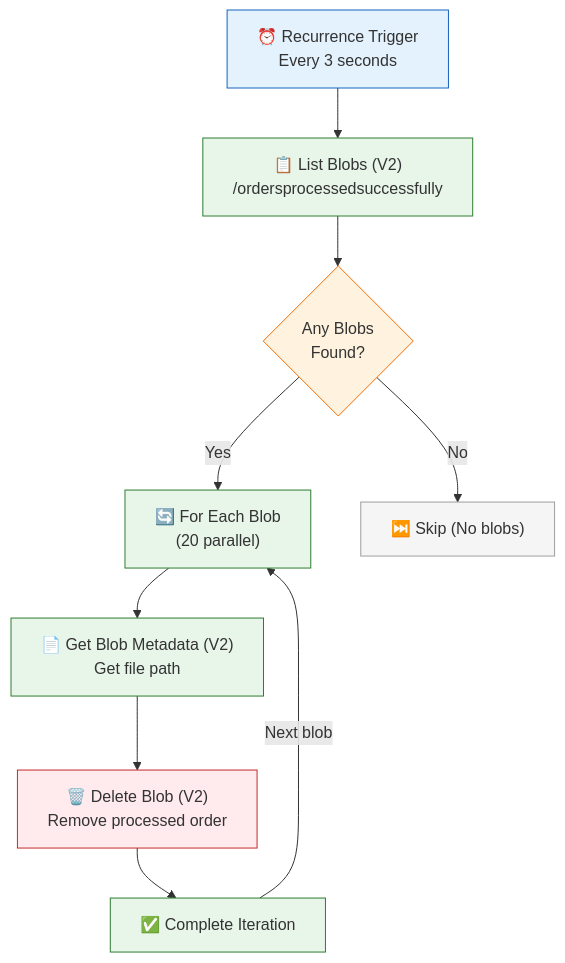
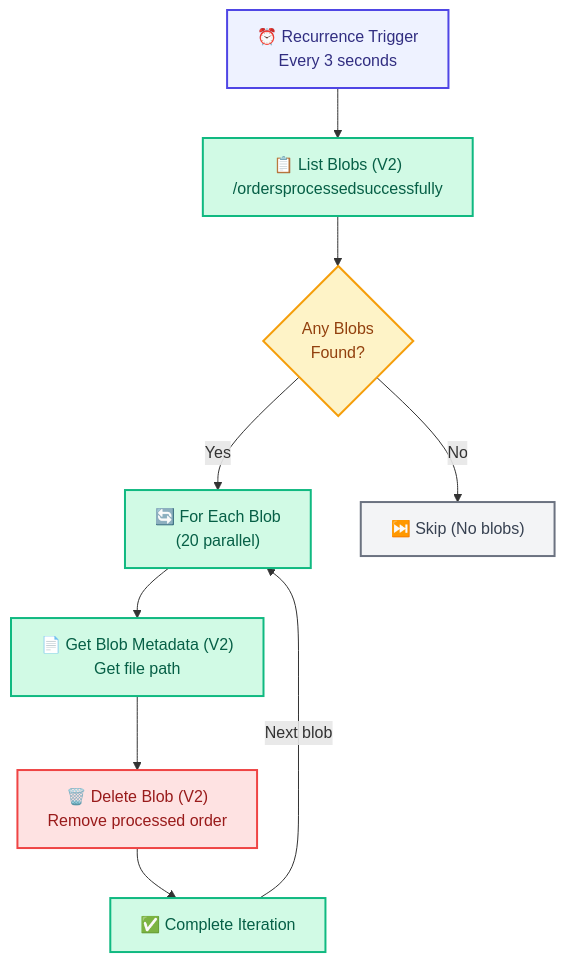
One commit to Evilazaro/Azure-LogicApps-Monitoring changed the fifth of 6 diagrams in docs/architecture/03-application-architecture.md. Above: the diagram before and after it, drawn with Mermaid. The commit also changed other lines of this file and 4 other files, not shown here.

Commit message:
feat(docs): Enhance architecture documentation with detailed diagrams and modern color palette

````diff
--- a/docs/architecture/03-application-architecture.md
+++ b/docs/architecture/03-application-architecture.md
@@ -378,33 +393,36 @@
 ```mermaid
 flowchart TD
+    %% OrdersPlacedCompleteProcess Workflow - Cleanup flow for processed orders
     Trigger["⏰ Recurrence Trigger<br/>Every 3 seconds"]
     ListBlobs["📋 List Blobs (V2)<br/>/ordersprocessedsuccessfully"]
     CheckBlobs{"Any Blobs<br/>Found?"}
     ForEach["🔄 For Each Blob<br/>(20 parallel)"]
     GetMetadata["📄 Get Blob Metadata (V2)<br/>Get file path"]
     DeleteBlob["🗑️ Delete Blob (V2)<br/>Remove processed order"]
     Complete["✅ Complete Iteration"]
     NoAction["⏭️ Skip (No blobs)"]
 
+    %% Flow connections
     Trigger --> ListBlobs
     ListBlobs --> CheckBlobs
     CheckBlobs -->|"Yes"| ForEach
     CheckBlobs -->|"No"| NoAction
     ForEach --> GetMetadata
     GetMetadata --> DeleteBlob
     DeleteBlob --> Complete
     Complete -->|"Next blob"| ForEach
 
-    classDef trigger fill:#e3f2fd,stroke:#1565c0
-    classDef action fill:#e8f5e9,stroke:#2e7d32
-    classDef decision fill:#fff3e0,stroke:#ef6c00
-    classDef delete fill:#ffebee,stroke:#c62828
-    classDef skip fill:#f5f5f5,stroke:#9e9e9e
+    %% Modern color palette - WCAG AA compliant
+    classDef trigger fill:#EEF2FF,stroke:#4F46E5,stroke-width:2px,color:#312E81
+    classDef action fill:#D1FAE5,stroke:#10B981,stroke-width:2px,color:#065F46
+    classDef decision fill:#FEF3C7,stroke:#F59E0B,stroke-width:2px,color:#92400E
+    classDef delete fill:#FEE2E2,stroke:#EF4444,stroke-width:2px,color:#991B1B
+    classDef skip fill:#F3F4F6,stroke:#6B7280,stroke-width:2px,color:#374151
 
     class Trigger trigger
     class ListBlobs,GetMetadata,Complete action
     class CheckBlobs decision
     class ForEach action
     class DeleteBlob delete
     class NoAction skip
 ```
````
